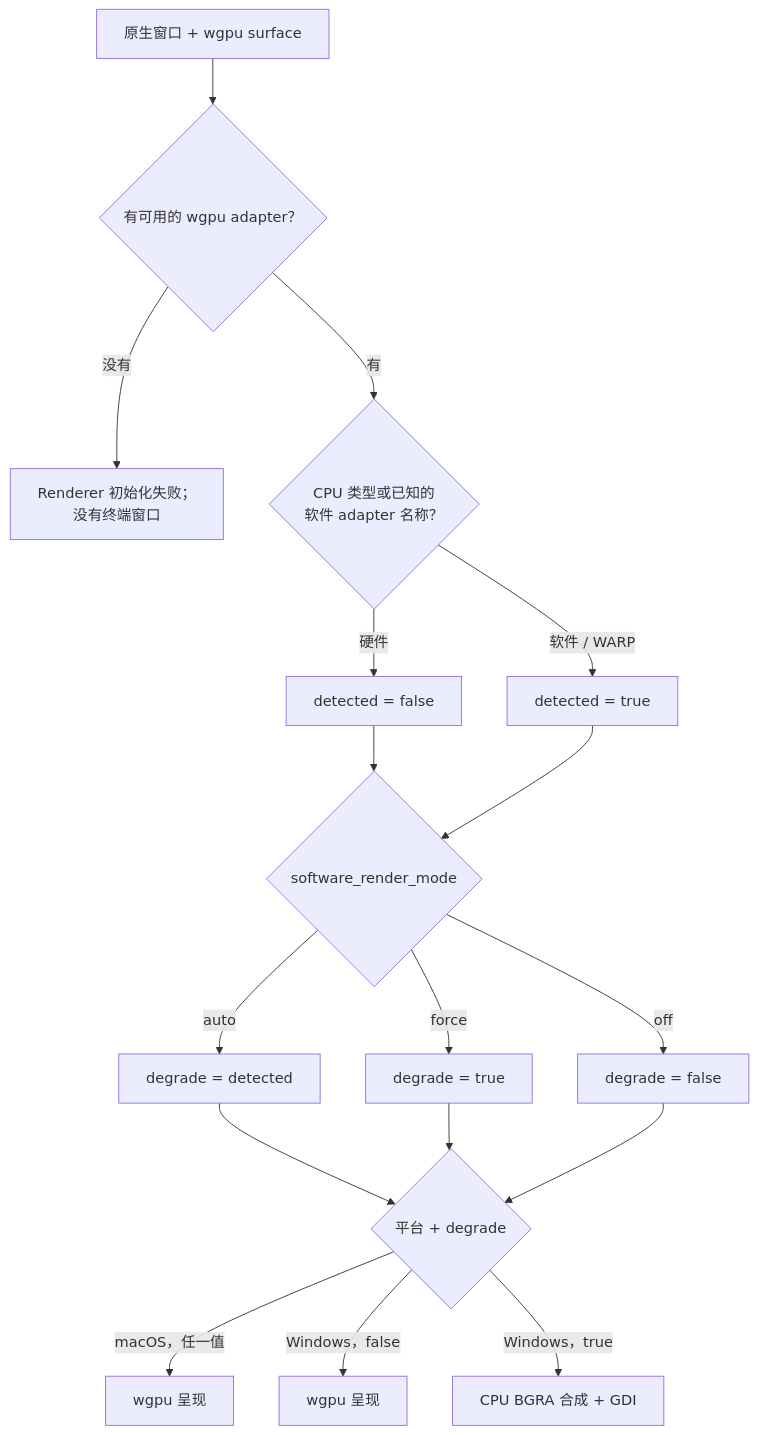
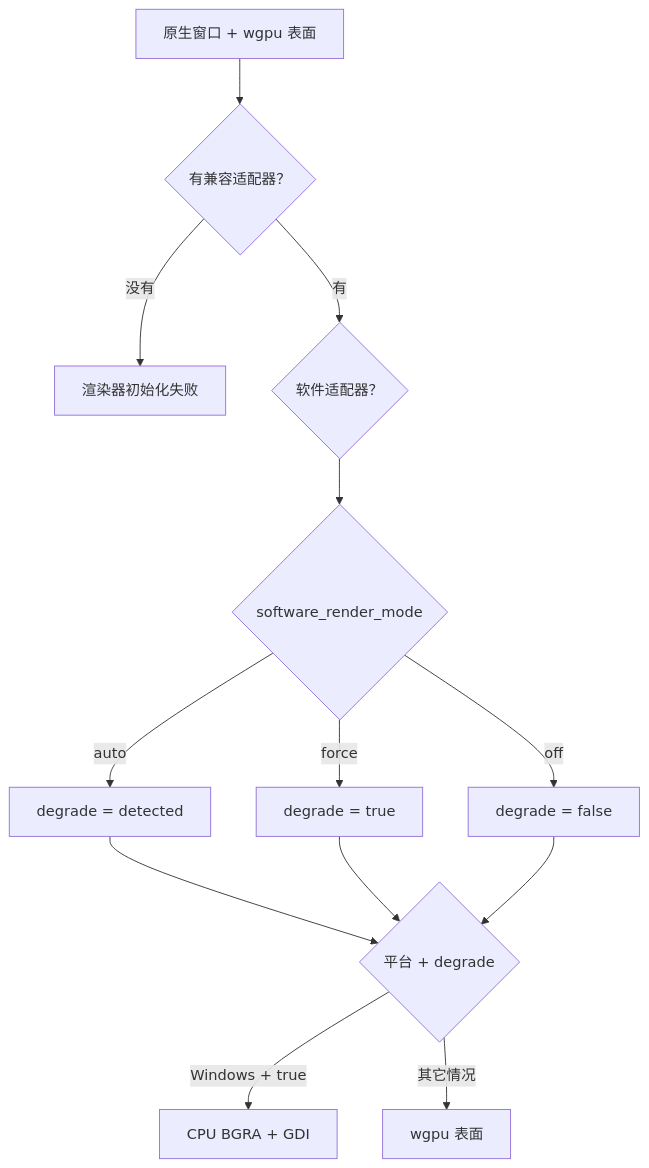
The fourth of 4 diagrams in wiki/From-Keypress-to-Pixel.md (D0n9X1n/SonicTerm), drawn with Mermaid before and after one commit. The commit also changed other lines of this file and 33 other files, not shown here.

````diff
--- a/wiki/From-Keypress-to-Pixel.md
+++ b/wiki/From-Keypress-to-Pixel.md
@@ -888,19 +654,15 @@
 ```mermaid
 flowchart TD
-    window["原生窗口 + wgpu surface"] --> adapter{"有可用的 wgpu adapter？"}
-    adapter -- "没有" --> stop["Renderer 初始化失败；<br/>没有终端窗口"]
-    adapter -- "有" --> classify{"CPU 类型或已知的<br/>软件 adapter 名称？"}
-    classify -- "硬件" --> detectedNo["detected = false"]
-    classify -- "软件 / WARP" --> detectedYes["detected = true"]
-    detectedNo --> policy{"software_render_mode"}
-    detectedYes --> policy
-    policy -- "auto" --> follow["degrade = detected"]
+    window["原生窗口 + wgpu 表面"] --> adapter{"有兼容适配器？"}
+    adapter -- "没有" --> fail["渲染器初始化失败"]
+    adapter -- "有" --> classify{"软件适配器？"}
+    classify --> policy{"software_render_mode"}
+    policy -- "auto" --> auto["degrade = detected"]
     policy -- "force" --> force["degrade = true"]
     policy -- "off" --> off["degrade = false"]
-    follow --> platform{"平台 + degrade"}
+    auto --> platform{"平台 + degrade"}
     force --> platform
     off --> platform
-    platform -- "macOS，任一值" --> mac["wgpu 呈现"]
-    platform -- "Windows，false" --> wingpu["wgpu 呈现"]
-    platform -- "Windows，true" --> wincpu["CPU BGRA 合成 + GDI"]
+    platform -- "Windows + true" --> gdi["CPU BGRA + GDI"]
+    platform -- "其它情况" --> gpu["wgpu 表面"]
 ```
````
